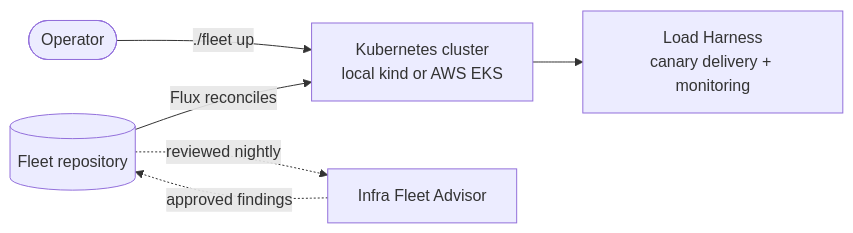
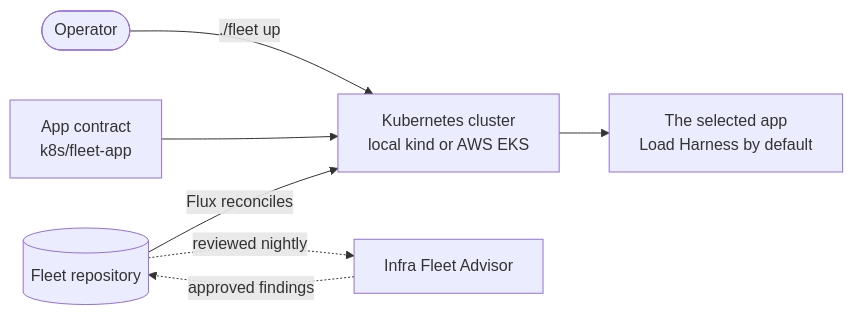
The diagram in README.md (ImranAdan/infra-fleet-public), drawn with Mermaid before and after one commit. The commit also changed other lines of this file and 11 other files, not shown here.

````diff
--- a/README.md
+++ b/README.md
@@ -173,8 +175,9 @@
 ```mermaid
 flowchart LR
     Operator([Operator]) -->|"./fleet up"| Cluster
     Repo[("Fleet repository")] -->|Flux reconciles| Cluster["Kubernetes cluster<br/>local kind or AWS EKS"]
-    Cluster --> App["Load Harness<br/>canary delivery + monitoring"]
+    Contract["App contract<br/>k8s/fleet-app"] --> Cluster
+    Cluster --> App["The selected app<br/>Load Harness by default"]
     Repo -.->|reviewed nightly| Advisor["Infra Fleet Advisor"]
     Advisor -.->|approved findings| Repo
 ```
````
